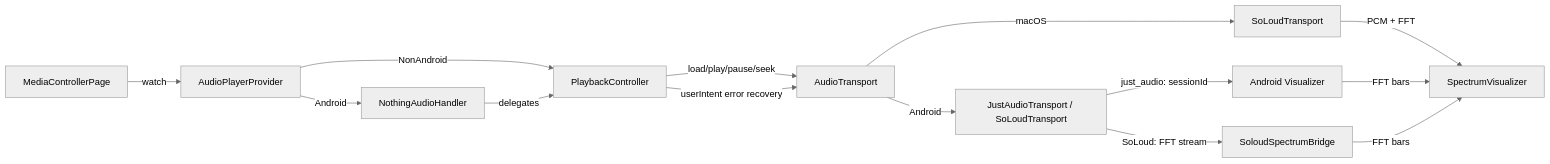
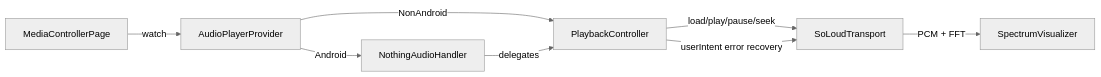
The first of 2 diagrams in docs/architecture/audio-playback-spectrum.md (maxim-saplin/nothingness), drawn with Mermaid (neutral theme) before and after one commit. The commit also changed other lines of this file and 19 other files, not shown here.

````diff
--- a/docs/architecture/audio-playback-spectrum.md
+++ b/docs/architecture/audio-playback-spectrum.md
@@ -38,16 +35,10 @@
 ```mermaid
 flowchart LR
   UI[MediaControllerPage] -->|watch| Provider[AudioPlayerProvider]
   Provider -->|Android| Handler[NothingAudioHandler]
   Provider -->|NonAndroid| Controller[PlaybackController]
   Handler -->|delegates| Controller
-  Controller -->|load/play/pause/seek| Transport[AudioTransport]
-    Transport -->|macOS| SoLoud[SoLoudTransport]
-    Transport -->|Android| JA[JustAudioTransport / SoLoudTransport]
-    SoLoud -->|PCM + FFT| Vis[SpectrumVisualizer]
-    JA -->|just_audio: sessionId| Native[Android Visualizer]
-    JA -->|SoLoud: FFT stream| Bridge[SoloudSpectrumBridge]
-    Native -->|FFT bars| Vis
-    Bridge -->|FFT bars| Vis
-    Controller -->|userIntent error recovery| Transport
+  Controller -->|load/play/pause/seek| Transport[SoLoudTransport]
+  Transport -->|PCM + FFT| Vis[SpectrumVisualizer]
+  Controller -->|userIntent error recovery| Transport
 ```
````
